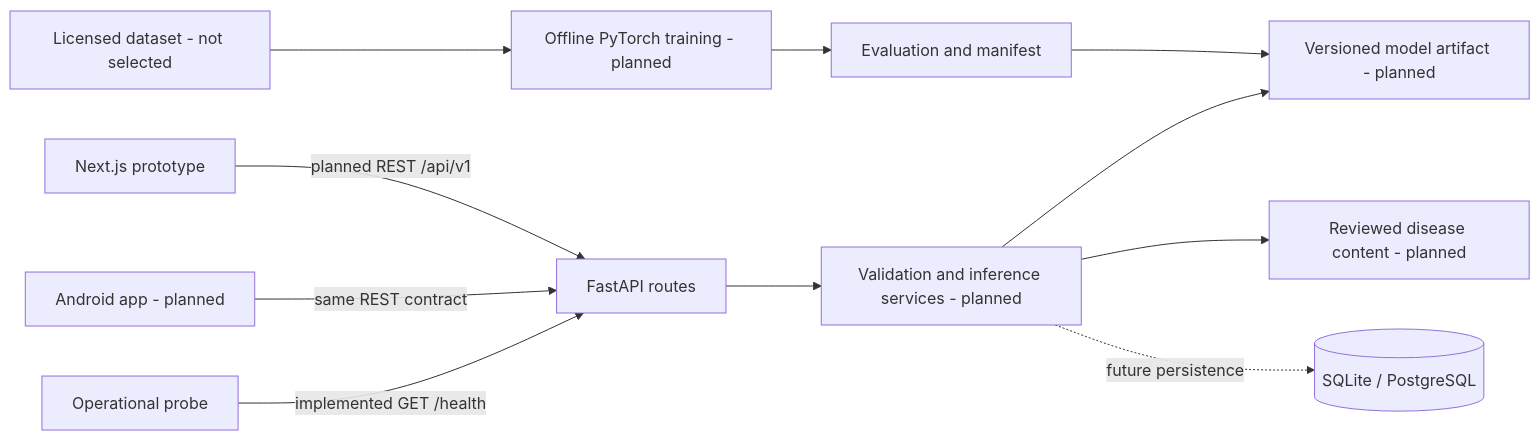
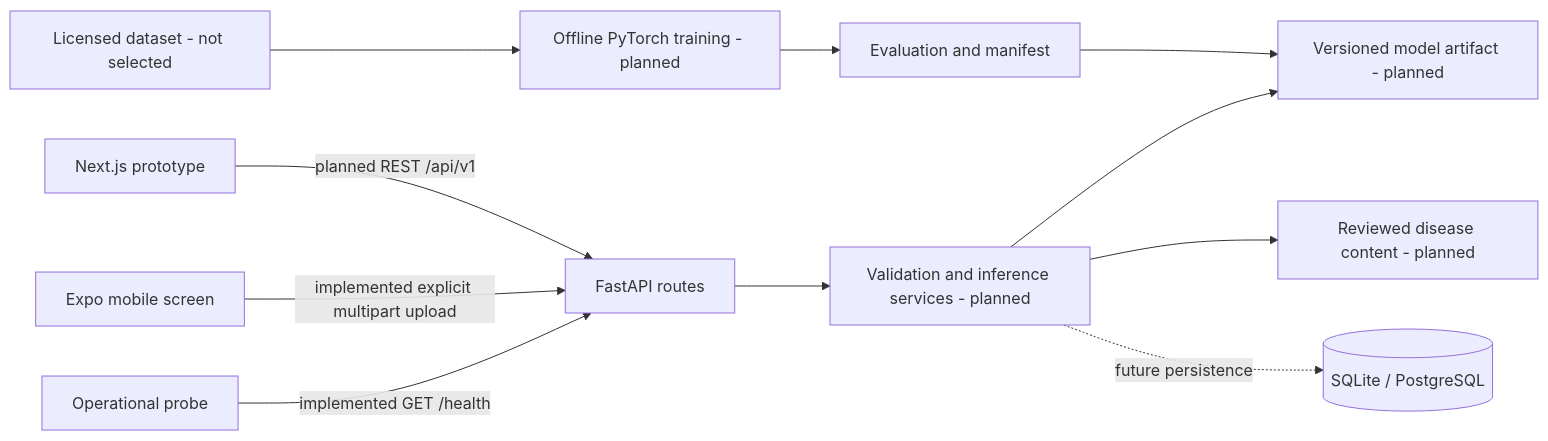
One commit to GOU7METTE/HORTI changed the first of 2 diagrams in docs/ARCHITECTURE.md. Above: the diagram before and after it, drawn with Mermaid. The commit also changed other lines of this file and 31 other files, not shown here.

````diff
--- a/docs/ARCHITECTURE.md
+++ b/docs/ARCHITECTURE.md
@@ -18,13 +24,13 @@
 ```mermaid
 flowchart LR
     Web[Next.js prototype] -->|planned REST /api/v1| API[FastAPI routes]
-    Mobile[Android app - planned] -->|same REST contract| API
+    Mobile[Expo mobile screen] -->|implemented explicit multipart upload| API
     API --> Services[Validation and inference services - planned]
     Services --> Model[Versioned model artifact - planned]
     Services --> Content[Reviewed disease content - planned]
     Services -. future persistence .-> DB[(SQLite / PostgreSQL)]
     Dataset[Licensed dataset - not selected] --> Training[Offline PyTorch training - planned]
     Training --> Evaluation[Evaluation and manifest]
     Evaluation --> Model
     Probe[Operational probe] -->|implemented GET /health| API
 ```
````
